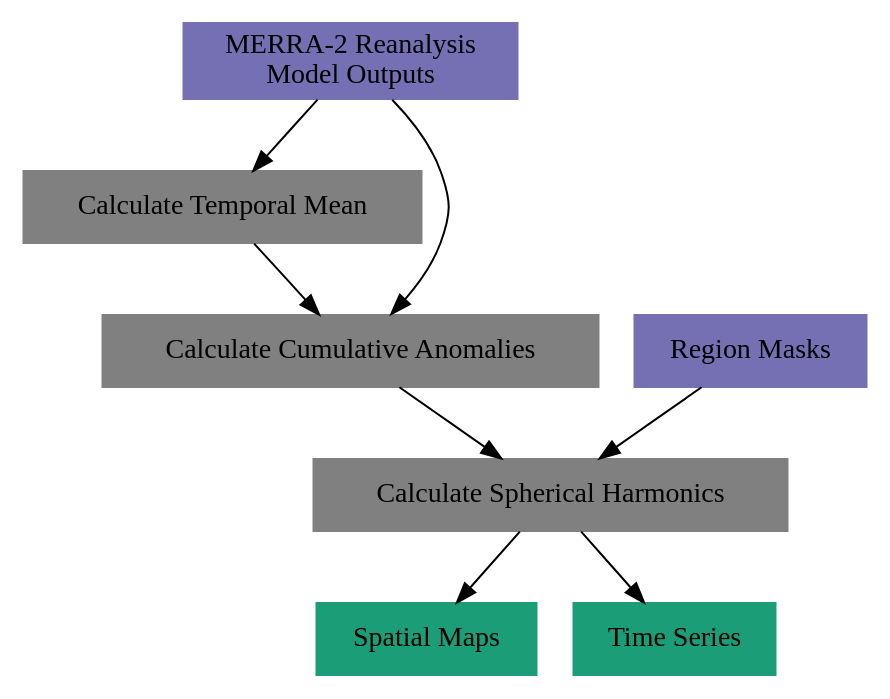
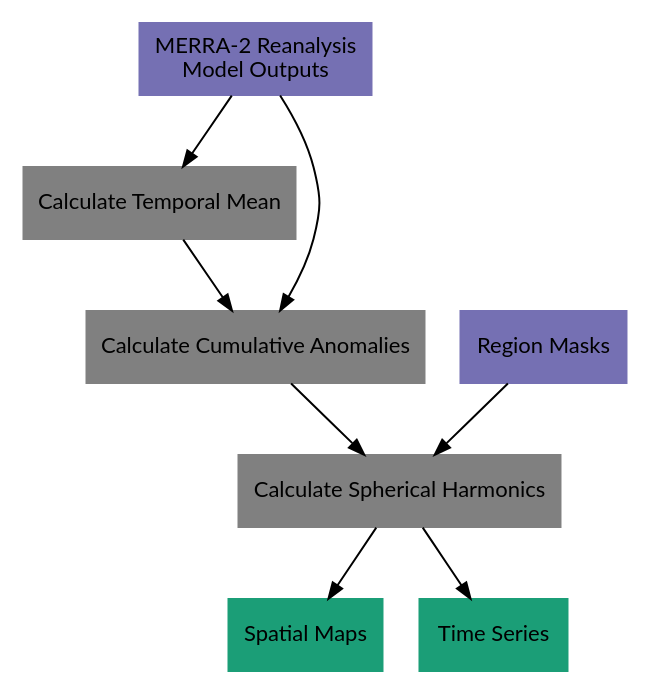
One commit to tsutterley/model-harmonics changed the fifth of 5 diagrams in doc/source/getting_started/Overview.rst. Above: the diagram before and after it, drawn with Graphviz. The commit also changed other lines of this file, not shown here.

Commit message:
docs: change font in `graphviz` flow charts (#60)

```diff
--- a/doc/source/getting_started/Overview.rst
+++ b/doc/source/getting_started/Overview.rst
@@ -236,25 +391,60 @@
 .. graphviz::
     :caption: Surface Mass Balance Spherical Harmonics Framework
     :align: center
 
     digraph {
-        E [label="MERRA-2 Reanalysis\nModel Outputs" shape=box style="filled" color="#7570b3"]
-        L [label="Region Masks" shape=box style="filled" color="#7570b3"]
+        E [label="MERRA-2 Reanalysis\nModel Outputs"
+            fontname="Lato"
+            fontsize=11
+            shape=box
+            style="filled"
+            color="#7570b3"]
+        L [label="Region Masks"
+            fontname="Lato"
+            fontsize=11
+            shape=box
+            style="filled"
+            color="#7570b3"]
         M [URL="https://github.com/tsutterley/model-harmonics/blob/main/SMB/merra_smb_mean.py"
-            label="Calculate Temporal Mean" shape=box style="filled" color="gray"]
+            label="Calculate Temporal Mean"
+            fontname="Lato"
+            fontsize=11
+            shape=box
+            style="filled"
+            color="gray"]
         R [URL="https://github.com/tsutterley/model-harmonics/blob/main/SMB/merra_smb_cumulative.py"
-            label="Calculate Cumulative Anomalies" shape=box style="filled" color="gray"]
+            label="Calculate Cumulative Anomalies"
+            fontname="Lato"
+            fontsize=11
+            shape=box
+            style="filled"
+            color="gray"]
         H [URL="https://github.com/tsutterley/model-harmonics/blob/main/SMB/merra_smb_harmonics.py"
-            label="Calculate Spherical Harmonics" shape=box style="filled" color="gray"]
+            label="Calculate Spherical Harmonics"
+            fontname="Lato"
+            fontsize=11
+            shape=box
+            style="filled"
+            color="gray"]
         S [URL="https://github.com/tsutterley/gravity-toolkit/blob/main/scripts/combine_harmonics.py"
-            label="Spatial Maps" shape=box style="filled" color="#1b9e77"]
+            label="Spatial Maps"
+            fontname="Lato"
+            fontsize=11
+            shape=box
+            style="filled"
+            color="#1b9e77"]
         T [URL="https://github.com/tsutterley/model-harmonics/blob/main/scripts/least_squares_mascon_timeseries.py"
-            label="Time Series" shape=box style="filled" color="#1b9e77"]
-        E -> M
-        E -> R
-        M -> R
-        R -> H
-        L -> H
-        H -> S
-        H -> T
+            label="Time Series"
+            fontname="Lato"
+            fontsize=11
+            shape=box
+            style="filled"
+            color="#1b9e77"]
+        E -> M [arrowsize=0.8]
+        E -> R [arrowsize=0.8]
+        M -> R [arrowsize=0.8]
+        R -> H [arrowsize=0.8]
+        L -> H [arrowsize=0.8]
+        H -> S [arrowsize=0.8]
+        H -> T [arrowsize=0.8]
     }
```
